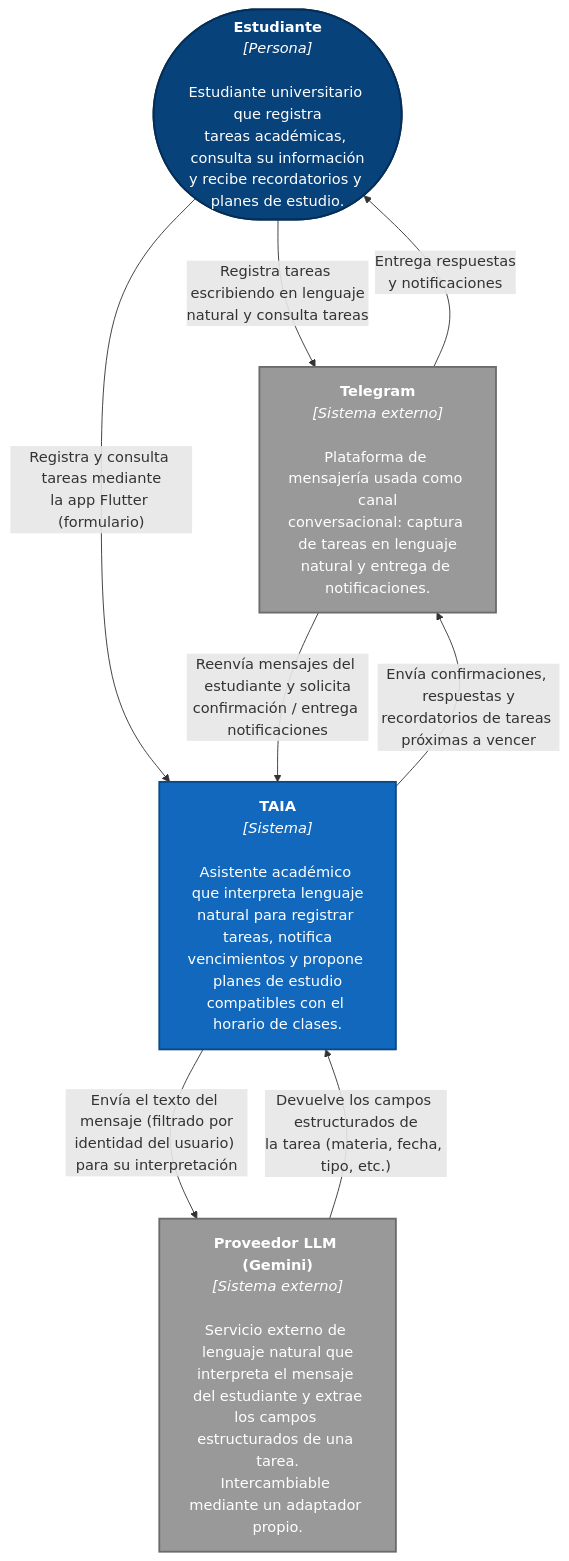
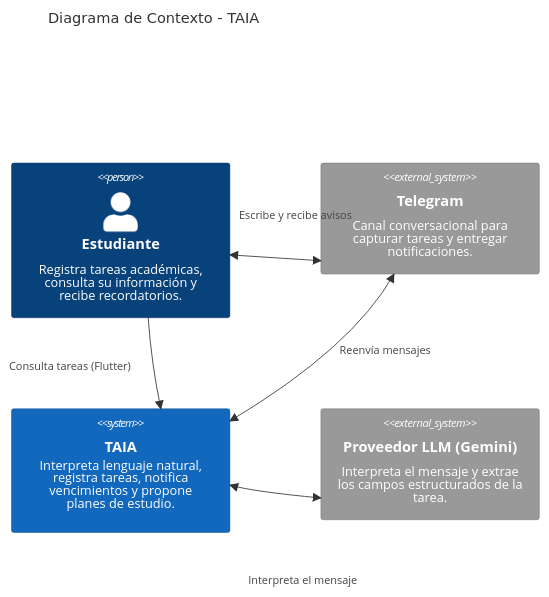
One commit to ISCOUTB/AS_202620_TAIA_-Task-Artificial-Intelligence-Assistant changed the diagram in docs/c4/C4-C1.md. Above: the diagram before and after it, drawn with Mermaid. The commit also changed 1 other file, not shown here.

Commit message:
docs: all c4 now use C4context diagram

````diff
--- a/docs/c4/C4-C1.md
+++ b/docs/c4/C4-C1.md
@@ -4,30 +4,32 @@
 ```mermaid
-%%{init: {"flowchart": {"curve": "basis", "nodeSpacing": 55, "rankSpacing": 90}}}%%
-flowchart TB
-    estudiante(["<b>Estudiante</b><br/><i>[Persona]</i><br/><br/>Estudiante universitario que registra<br/>tareas académicas, consulta su información<br/>y recibe recordatorios y planes de estudio."])
+---
+config:
+  wrap: true
+  c4:
+    width: 240
+---
+C4Context
+    title Diagrama de Contexto - TAIA
 
-    telegram["<b>Telegram</b><br/><i>[Sistema externo]</i><br/><br/>Plataforma de mensajería usada como canal<br/>conversacional: captura de tareas en lenguaje<br/>natural y entrega de notificaciones."]
+    Person(estudiante, "Estudiante", "Registra tareas académicas, consulta su información y recibe recordatorios.")
+    System_Ext(telegram, "Telegram", "Canal conversacional para capturar tareas y entregar notificaciones.")
+    System(taia, "TAIA", "Interpreta lenguaje natural, registra tareas, notifica vencimientos y propone planes de estudio.")
+    System_Ext(gemini, "Proveedor LLM (Gemini)", "Interpreta el mensaje y extrae los campos estructurados de la tarea.")
 
-    taia["<b>TAIA</b><br/><i>[Sistema]</i><br/><br/>Asistente académico que interpreta lenguaje<br/>natural para registrar tareas, notifica<br/>vencimientos y propone planes de estudio<br/>compatibles con el horario de clases."]
+    BiRel(estudiante, telegram, "Escribe y recibe avisos")
+    Rel(estudiante, taia, "Consulta tareas (Flutter)")
+    BiRel(telegram, taia, "Reenvía mensajes")
+    BiRel(taia, gemini, "Interpreta el mensaje")
 
-    llm["<b>Proveedor LLM (Gemini)</b><br/><i>[Sistema externo]</i><br/><br/>Servicio externo de lenguaje natural que<br/>interpreta el mensaje del estudiante y extrae<br/>los campos estructurados de una tarea.<br/>Intercambiable mediante un adaptador propio."]
+    UpdateElementStyle(estudiante, $bgColor="#08427b", $fontColor="#ffffff", $borderColor="#052e56")
+    UpdateElementStyle(taia, $bgColor="#1168bd", $fontColor="#ffffff", $borderColor="#0b4884")
+    UpdateElementStyle(telegram, $bgColor="#999999", $fontColor="#ffffff", $borderColor="#6b6b6b")
+    UpdateElementStyle(gemini, $bgColor="#999999", $fontColor="#ffffff", $borderColor="#6b6b6b")
 
-    estudiante -->|"Registra tareas escribiendo en lenguaje<br/>natural y consulta tareas"| telegram
-    telegram -->|"Entrega respuestas<br/>y notificaciones"| estudiante
+    UpdateRelStyle(estudiante, telegram, $offsetX="-40", $offsetY="-50")
+    UpdateRelStyle(estudiante, taia, $offsetX="-160", $offsetY="0")
+    UpdateRelStyle(telegram, taia, $offsetX="30", $offsetY="0")
+    UpdateRelStyle(taia, gemini, $offsetX="-30", $offsetY="95")
 
-    estudiante -->|"Registra y consulta tareas mediante<br/>la app Flutter (formulario)"| taia
-
-    telegram -->|"Reenvía mensajes del estudiante y solicita<br/>confirmación / entrega notificaciones"| taia
-    taia -->|"Envía confirmaciones, respuestas y<br/>recordatorios de tareas próximas a vencer"| telegram
-
-    taia -->|"Envía el texto del mensaje (filtrado por<br/>identidad del usuario) para su interpretación"| llm
-    llm -->|"Devuelve los campos estructurados de<br/>la tarea (materia, fecha, tipo, etc.)"| taia
-
-    classDef person fill:#08427b,stroke:#052e56,stroke-width:2px,color:#ffffff
-    classDef system fill:#1168bd,stroke:#0b4884,stroke-width:2px,color:#ffffff
-    classDef external fill:#999999,stroke:#6b6b6b,stroke-width:2px,color:#ffffff
-
-    class estudiante person
-    class taia system
-    class telegram,llm external
+    UpdateLayoutConfig($c4ShapeInRow="2", $c4BoundaryInRow="1")
 ```
````
